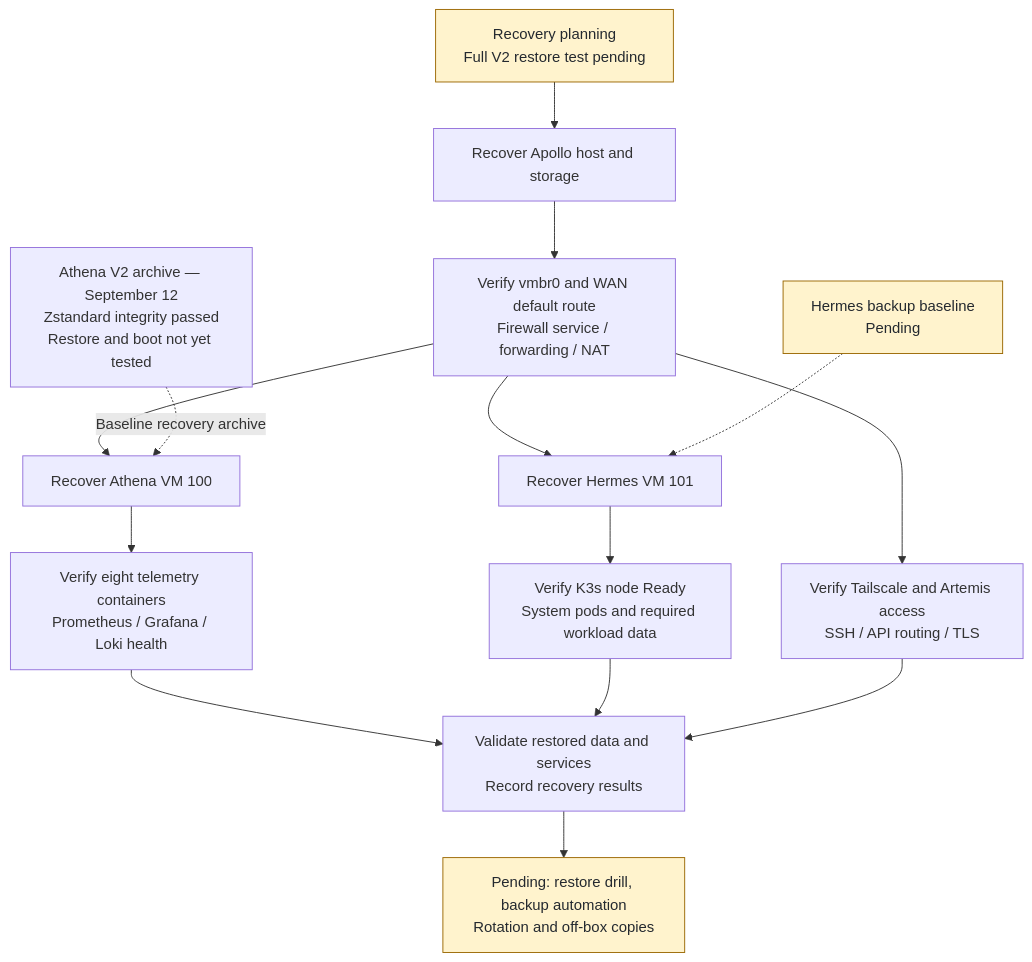
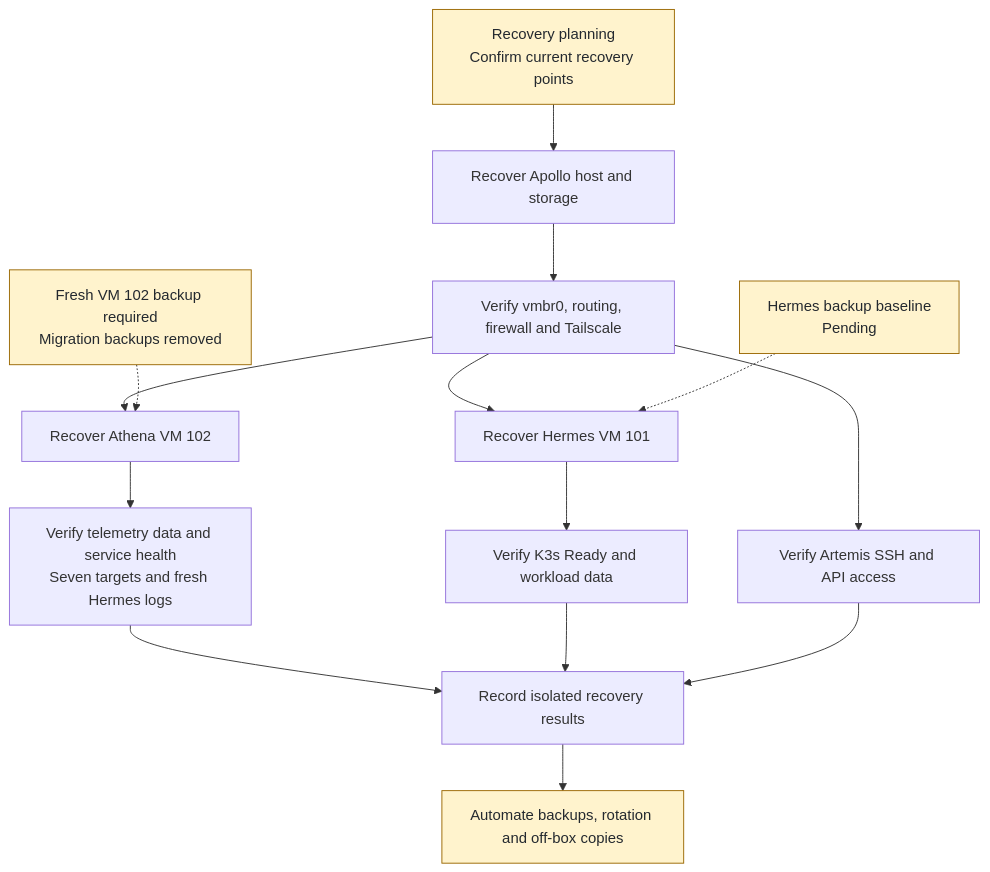
One commit to SwapnajXD/HomeLab changed the diagram in diagrams/recovery-flow.mmd. Above: the diagram before and after it, drawn with Mermaid. The commit also changed 28 other files, not shown here.

Commit message:
docs: synchronize homelab with Athena migration and Apollo incident

```diff
--- a/diagrams/recovery-flow.mmd
+++ b/diagrams/recovery-flow.mmd
@@ -1,17 +1,17 @@
-%% Olympus V2 — operator-reported baseline 2026-09-12; no new live audit.
+%% Operator-reported state synchronized 2026-10-09; no new live audit.
 flowchart TB
-    Start["Recovery planning<br/>Full V2 restore test pending"] --> Apollo["Recover Apollo host and storage"]
-    Apollo --> Network["Verify vmbr0 and WAN default route<br/>Firewall service / forwarding / NAT"]
-    Network --> Athena["Recover Athena VM 100"]
+    Start["Recovery planning<br/>Confirm current recovery points"] --> Apollo["Recover Apollo host and storage"]
+    Apollo --> Network["Verify vmbr0, routing, firewall and Tailscale"]
+    Network --> Athena["Recover Athena VM 102"]
     Network --> Hermes["Recover Hermes VM 101"]
-    Archive["Athena V2 archive — September 12<br/>Zstandard integrity passed<br/>Restore and boot not yet tested"] -.->|Baseline recovery archive| Athena
+    Archive["Fresh VM 102 backup required<br/>Migration backups removed"] -.-> Athena
     HBackup["Hermes backup baseline<br/>Pending"] -.-> Hermes
-    Athena --> Telemetry["Verify eight telemetry containers<br/>Prometheus / Grafana / Loki health"]
-    Hermes --> K3s["Verify K3s node Ready<br/>System pods and required workload data"]
-    Network --> Access["Verify Tailscale and Artemis access<br/>SSH / API routing / TLS"]
-    Telemetry --> Validate["Validate restored data and services<br/>Record recovery results"]
+    Athena --> Telemetry["Verify telemetry data and service health<br/>Seven targets and fresh Hermes logs"]
+    Hermes --> K3s["Verify K3s Ready and workload data"]
+    Network --> Access["Verify Artemis SSH and API access"]
+    Telemetry --> Validate["Record isolated recovery results"]
     K3s --> Validate
     Access --> Validate
-    Validate --> Pending["Pending: restore drill, backup automation<br/>Rotation and off-box copies"]
+    Validate --> Pending["Automate backups, rotation and off-box copies"]
     classDef pending fill:#fff3cd,stroke:#9a6700,color:#24292f;
-    class Start,HBackup,Pending pending;
+    class Start,Archive,HBackup,Pending pending;
```
